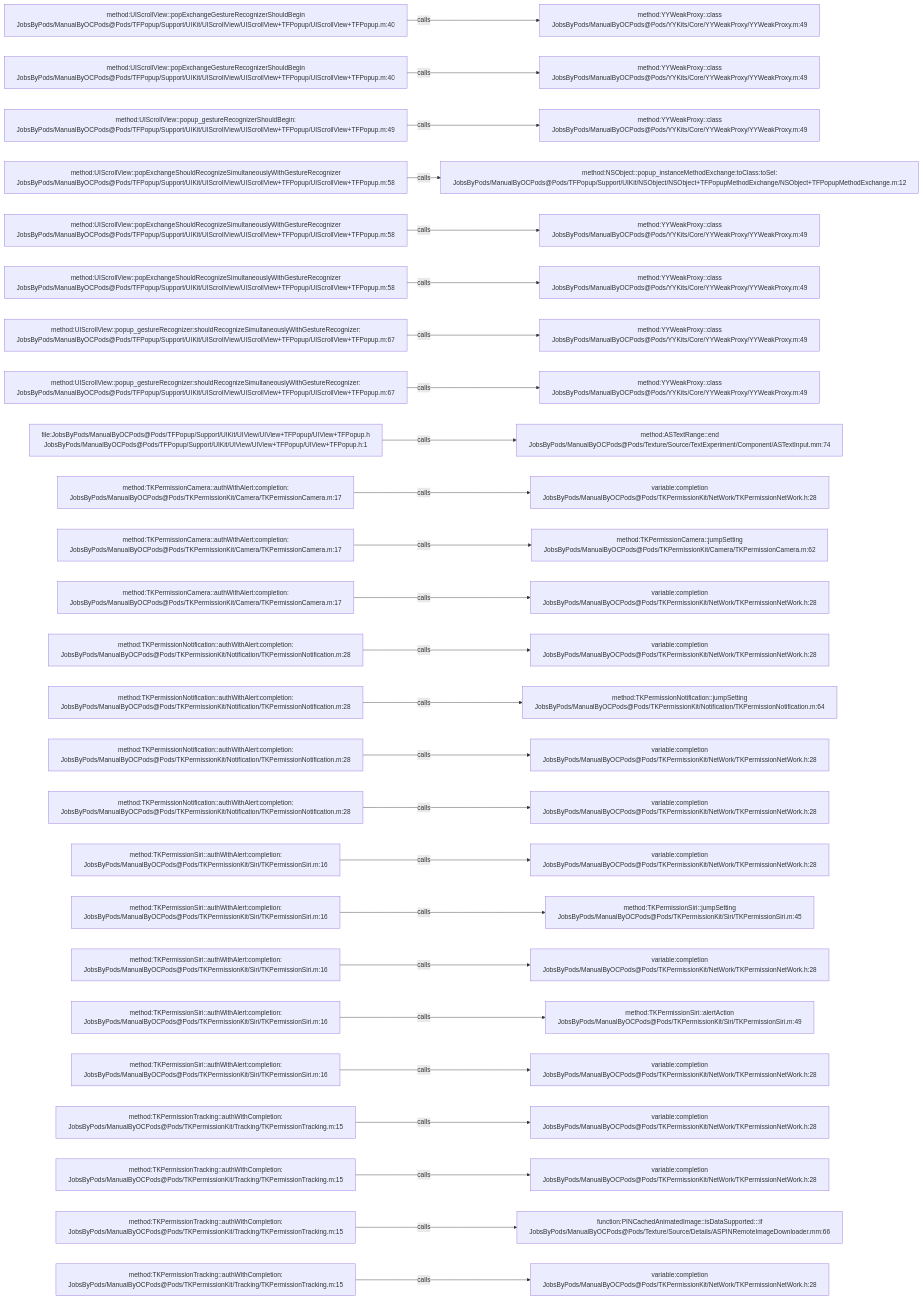
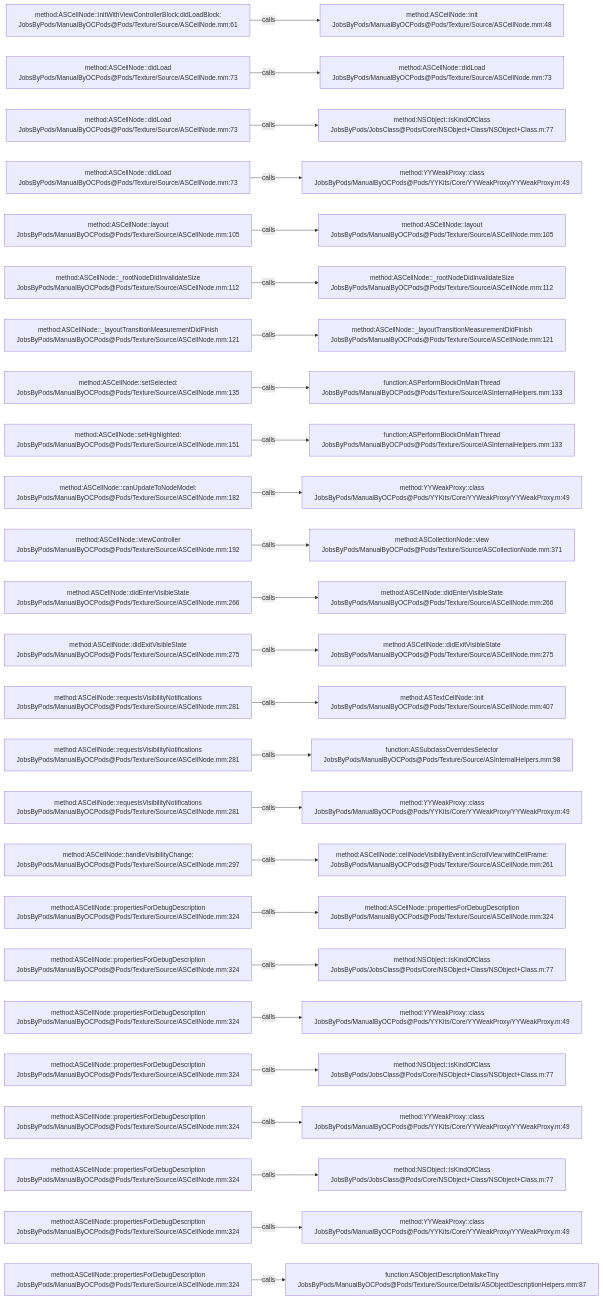
The diagram in .codegraph/codegraph.md/graphs/calls-071.md (JobsKits/JobsOCBaseConfigDemo), drawn with Mermaid before and after one commit. The commit also changed 1353 other files, not shown here.

````diff
--- a/.codegraph/codegraph.md/graphs/calls-071.md
+++ b/.codegraph/codegraph.md/graphs/calls-071.md
@@ -13,78 +13,78 @@
 ```mermaid
 flowchart LR
-  S1["method:UIScrollView::popExchangeGestureRecognizerShouldBegin<br/>JobsByPods/ManualByOCPods@Pods/TFPopup/Support/UIKit/UIScrollView/UIScrollView+TFPopup/UIScrollView+TFPopup.m:40"]
-  T1["method:YYWeakProxy::class<br/>JobsByPods/ManualByOCPods@Pods/YYKits/Core/YYWeakProxy/YYWeakProxy.m:49"]
+  S1["method:ASCellNode::initWithViewControllerBlock:didLoadBlock:<br/>JobsByPods/ManualByOCPods@Pods/Texture/Source/ASCellNode.mm:61"]
+  T1["method:ASCellNode::init<br/>JobsByPods/ManualByOCPods@Pods/Texture/Source/ASCellNode.mm:48"]
   S1 -->|calls| T1
-  S2["method:UIScrollView::popExchangeGestureRecognizerShouldBegin<br/>JobsByPods/ManualByOCPods@Pods/TFPopup/Support/UIKit/UIScrollView/UIScrollView+TFPopup/UIScrollView+TFPopup.m:40"]
-  T2["method:YYWeakProxy::class<br/>JobsByPods/ManualByOCPods@Pods/YYKits/Core/YYWeakProxy/YYWeakProxy.m:49"]
+  S2["method:ASCellNode::didLoad<br/>JobsByPods/ManualByOCPods@Pods/Texture/Source/ASCellNode.mm:73"]
+  T2["method:ASCellNode::didLoad<br/>JobsByPods/ManualByOCPods@Pods/Texture/Source/ASCellNode.mm:73"]
   S2 -->|calls| T2
-  S3["method:UIScrollView::popup_gestureRecognizerShouldBegin:<br/>JobsByPods/ManualByOCPods@Pods/TFPopup/Support/UIKit/UIScrollView/UIScrollView+TFPopup/UIScrollView+TFPopup.m:49"]
-  T3["method:YYWeakProxy::class<br/>JobsByPods/ManualByOCPods@Pods/YYKits/Core/YYWeakProxy/YYWeakProxy.m:49"]
+  S3["method:ASCellNode::didLoad<br/>JobsByPods/ManualByOCPods@Pods/Texture/Source/ASCellNode.mm:73"]
+  T3["method:NSObject::isKindOfClass<br/>JobsByPods/JobsClass@Pods/Core/NSObject+Class/NSObject+Class.m:77"]
   S3 -->|calls| T3
-  S4["method:UIScrollView::popExchangeShouldRecognizeSimultaneouslyWithGestureRecognizer<br/>JobsByPods/ManualByOCPods@Pods/TFPopup/Support/UIKit/UIScrollView/UIScrollView+TFPopup/UIScrollView+TFPopup.m:58"]
-  T4["method:NSObject::popup_instanceMethodExchange:toClass:toSel:<br/>JobsByPods/ManualByOCPods@Pods/TFPopup/Support/UIKit/NSObject/NSObject+TFPopupMethodExchange/NSObject+TFPopupMethodExchange.m:12"]
+  S4["method:ASCellNode::didLoad<br/>JobsByPods/ManualByOCPods@Pods/Texture/Source/ASCellNode.mm:73"]
+  T4["method:YYWeakProxy::class<br/>JobsByPods/ManualByOCPods@Pods/YYKits/Core/YYWeakProxy/YYWeakProxy.m:49"]
   S4 -->|calls| T4
-  S5["method:UIScrollView::popExchangeShouldRecognizeSimultaneouslyWithGestureRecognizer<br/>JobsByPods/ManualByOCPods@Pods/TFPopup/Support/UIKit/UIScrollView/UIScrollView+TFPopup/UIScrollView+TFPopup.m:58"]
-  T5["method:YYWeakProxy::class<br/>JobsByPods/ManualByOCPods@Pods/YYKits/Core/YYWeakProxy/YYWeakProxy.m:49"]
+  S5["method:ASCellNode::layout<br/>JobsByPods/ManualByOCPods@Pods/Texture/Source/ASCellNode.mm:105"]
+  T5["method:ASCellNode::layout<br/>JobsByPods/ManualByOCPods@Pods/Texture/Source/ASCellNode.mm:105"]
   S5 -->|calls| T5
-  S6["method:UIScrollView::popExchangeShouldRecognizeSimultaneouslyWithGestureRecognizer<br/>JobsByPods/ManualByOCPods@Pods/TFPopup/Support/UIKit/UIScrollView/UIScrollView+TFPopup/UIScrollView+TFPopup.m:58"]
-  T6["method:YYWeakProxy::class<br/>JobsByPods/ManualByOCPods@Pods/YYKits/Core/YYWeakProxy/YYWeakProxy.m:49"]
+  S6["method:ASCellNode::_rootNodeDidInvalidateSize<br/>JobsByPods/ManualByOCPods@Pods/Texture/Source/ASCellNode.mm:112"]
+  T6["method:ASCellNode::_rootNodeDidInvalidateSize<br/>JobsByPods/ManualByOCPods@Pods/Texture/Source/ASCellNode.mm:112"]
   S6 -->|calls| T6
-  S7["method:UIScrollView::popup_gestureRecognizer:shouldRecognizeSimultaneouslyWithGestureRecognizer:<br/>JobsByPods/ManualByOCPods@Pods/TFPopup/Support/UIKit/UIScrollView/UIScrollView+TFPopup/UIScrollView+TFPopup.m:67"]
-  T7["method:YYWeakProxy::class<br/>JobsByPods/ManualByOCPods@Pods/YYKits/Core/YYWeakProxy/YYWeakProxy.m:49"]
+  S7["method:ASCellNode::_layoutTransitionMeasurementDidFinish<br/>JobsByPods/ManualByOCPods@Pods/Texture/Source/ASCellNode.mm:121"]
+  T7["method:ASCellNode::_layoutTransitionMeasurementDidFinish<br/>JobsByPods/ManualByOCPods@Pods/Texture/Source/ASCellNode.mm:121"]
   S7 -->|calls| T7
-  S8["method:UIScrollView::popup_gestureRecognizer:shouldRecognizeSimultaneouslyWithGestureRecognizer:<br/>JobsByPods/ManualByOCPods@Pods/TFPopup/Support/UIKit/UIScrollView/UIScrollView+TFPopup/UIScrollView+TFPopup.m:67"]
-  T8["method:YYWeakProxy::class<br/>JobsByPods/ManualByOCPods@Pods/YYKits/Core/YYWeakProxy/YYWeakProxy.m:49"]
+  S8["method:ASCellNode::setSelected:<br/>JobsByPods/ManualByOCPods@Pods/Texture/Source/ASCellNode.mm:135"]
+  T8["function:ASPerformBlockOnMainThread<br/>JobsByPods/ManualByOCPods@Pods/Texture/Source/ASInternalHelpers.mm:133"]
   S8 -->|calls| T8
-  S9["file:JobsByPods/ManualByOCPods@Pods/TFPopup/Support/UIKit/UIView/UIView+TFPopup/UIView+TFPopup.h<br/>JobsByPods/ManualByOCPods@Pods/TFPopup/Support/UIKit/UIView/UIView+TFPopup/UIView+TFPopup.h:1"]
-  T9["method:ASTextRange::end<br/>JobsByPods/ManualByOCPods@Pods/Texture/Source/TextExperiment/Component/ASTextInput.mm:74"]
+  S9["method:ASCellNode::setHighlighted:<br/>JobsByPods/ManualByOCPods@Pods/Texture/Source/ASCellNode.mm:151"]
+  T9["function:ASPerformBlockOnMainThread<br/>JobsByPods/ManualByOCPods@Pods/Texture/Source/ASInternalHelpers.mm:133"]
   S9 -->|calls| T9
-  S10["method:TKPermissionCamera::authWithAlert:completion:<br/>JobsByPods/ManualByOCPods@Pods/TKPermissionKit/Camera/TKPermissionCamera.m:17"]
-  T10["variable:completion<br/>JobsByPods/ManualByOCPods@Pods/TKPermissionKit/NetWork/TKPermissionNetWork.h:28"]
+  S10["method:ASCellNode::canUpdateToNodeModel:<br/>JobsByPods/ManualByOCPods@Pods/Texture/Source/ASCellNode.mm:182"]
+  T10["method:YYWeakProxy::class<br/>JobsByPods/ManualByOCPods@Pods/YYKits/Core/YYWeakProxy/YYWeakProxy.m:49"]
   S10 -->|calls| T10
-  S11["method:TKPermissionCamera::authWithAlert:completion:<br/>JobsByPods/ManualByOCPods@Pods/TKPermissionKit/Camera/TKPermissionCamera.m:17"]
-  T11["method:TKPermissionCamera::jumpSetting<br/>JobsByPods/ManualByOCPods@Pods/TKPermissionKit/Camera/TKPermissionCamera.m:62"]
+  S11["method:ASCellNode::viewController<br/>JobsByPods/ManualByOCPods@Pods/Texture/Source/ASCellNode.mm:192"]
+  T11["method:ASCollectionNode::view<br/>JobsByPods/ManualByOCPods@Pods/Texture/Source/ASCollectionNode.mm:371"]
   S11 -->|calls| T11
-  S12["method:TKPermissionCamera::authWithAlert:completion:<br/>JobsByPods/ManualByOCPods@Pods/TKPermissionKit/Camera/TKPermissionCamera.m:17"]
-  T12["variable:completion<br/>JobsByPods/ManualByOCPods@Pods/TKPermissionKit/NetWork/TKPermissionNetWork.h:28"]
+  S12["method:ASCellNode::didEnterVisibleState<br/>JobsByPods/ManualByOCPods@Pods/Texture/Source/ASCellNode.mm:266"]
+  T12["method:ASCellNode::didEnterVisibleState<br/>JobsByPods/ManualByOCPods@Pods/Texture/Source/ASCellNode.mm:266"]
   S12 -->|calls| T12
-  S13["method:TKPermissionNotification::authWithAlert:completion:<br/>JobsByPods/ManualByOCPods@Pods/TKPermissionKit/Notification/TKPermissionNotification.m:28"]
-  T13["variable:completion<br/>JobsByPods/ManualByOCPods@Pods/TKPermissionKit/NetWork/TKPermissionNetWork.h:28"]
+  S13["method:ASCellNode::didExitVisibleState<br/>JobsByPods/ManualByOCPods@Pods/Texture/Source/ASCellNode.mm:275"]
+  T13["method:ASCellNode::didExitVisibleState<br/>JobsByPods/ManualByOCPods@Pods/Texture/Source/ASCellNode.mm:275"]
   S13 -->|calls| T13
-  S14["method:TKPermissionNotification::authWithAlert:completion:<br/>JobsByPods/ManualByOCPods@Pods/TKPermissionKit/Notification/TKPermissionNotification.m:28"]
-  T14["method:TKPermissionNotification::jumpSetting<br/>JobsByPods/ManualByOCPods@Pods/TKPermissionKit/Notification/TKPermissionNotification.m:64"]
+  S14["method:ASCellNode::requestsVisibilityNotifications<br/>JobsByPods/ManualByOCPods@Pods/Texture/Source/ASCellNode.mm:281"]
+  T14["method:ASTextCellNode::init<br/>JobsByPods/ManualByOCPods@Pods/Texture/Source/ASCellNode.mm:407"]
   S14 -->|calls| T14
-  S15["method:TKPermissionNotification::authWithAlert:completion:<br/>JobsByPods/ManualByOCPods@Pods/TKPermissionKit/Notification/TKPermissionNotification.m:28"]
-  T15["variable:completion<br/>JobsByPods/ManualByOCPods@Pods/TKPermissionKit/NetWork/TKPermissionNetWork.h:28"]
+  S15["method:ASCellNode::requestsVisibilityNotifications<br/>JobsByPods/ManualByOCPods@Pods/Texture/Source/ASCellNode.mm:281"]
+  T15["function:ASSubclassOverridesSelector<br/>JobsByPods/ManualByOCPods@Pods/Texture/Source/ASInternalHelpers.mm:98"]
   S15 -->|calls| T15
-  S16["method:TKPermissionNotification::authWithAlert:completion:<br/>JobsByPods/ManualByOCPods@Pods/TKPermissionKit/Notification/TKPermissionNotification.m:28"]
-  T16["variable:completion<br/>JobsByPods/ManualByOCPods@Pods/TKPermissionKit/NetWork/TKPermissionNetWork.h:28"]
+  S16["method:ASCellNode::requestsVisibilityNotifications<br/>JobsByPods/ManualByOCPods@Pods/Texture/Source/ASCellNode.mm:281"]
+  T16["method:YYWeakProxy::class<br/>JobsByPods/ManualByOCPods@Pods/YYKits/Core/YYWeakProxy/YYWeakProxy.m:49"]
   S16 -->|calls| T16
-  S17["method:TKPermissionSiri::authWithAlert:completion:<br/>JobsByPods/ManualByOCPods@Pods/TKPermissionKit/Siri/TKPermissionSiri.m:16"]
-  T17["variable:completion<br/>JobsByPods/ManualByOCPods@Pods/TKPermissionKit/NetWork/TKPermissionNetWork.h:28"]
+  S17["method:ASCellNode::handleVisibilityChange:<br/>JobsByPods/ManualByOCPods@Pods/Texture/Source/ASCellNode.mm:297"]
+  T17["method:ASCellNode::cellNodeVisibilityEvent:inScrollView:withCellFrame:<br/>JobsByPods/ManualByOCPods@Pods/Texture/Source/ASCellNode.mm:261"]
   S17 -->|calls| T17
-  S18["method:TKPermissionSiri::authWithAlert:completion:<br/>JobsByPods/ManualByOCPods@Pods/TKPermissionKit/Siri/TKPermissionSiri.m:16"]
-  T18["method:TKPermissionSiri::jumpSetting<br/>JobsByPods/ManualByOCPods@Pods/TKPermissionKit/Siri/TKPermissionSiri.m:45"]
+  S18["method:ASCellNode::propertiesForDebugDescription<br/>JobsByPods/ManualByOCPods@Pods/Texture/Source/ASCellNode.mm:324"]
+  T18["method:ASCellNode::propertiesForDebugDescription<br/>JobsByPods/ManualByOCPods@Pods/Texture/Source/ASCellNode.mm:324"]
   S18 -->|calls| T18
-  S19["method:TKPermissionSiri::authWithAlert:completion:<br/>JobsByPods/ManualByOCPods@Pods/TKPermissionKit/Siri/TKPermissionSiri.m:16"]
-  T19["variable:completion<br/>JobsByPods/ManualByOCPods@Pods/TKPermissionKit/NetWork/TKPermissionNetWork.h:28"]
+  S19["method:ASCellNode::propertiesForDebugDescription<br/>JobsByPods/ManualByOCPods@Pods/Texture/Source/ASCellNode.mm:324"]
+  T19["method:NSObject::isKindOfClass<br/>JobsByPods/JobsClass@Pods/Core/NSObject+Class/NSObject+Class.m:77"]
   S19 -->|calls| T19
-  S20["method:TKPermissionSiri::authWithAlert:completion:<br/>JobsByPods/ManualByOCPods@Pods/TKPermissionKit/Siri/TKPermissionSiri.m:16"]
-  T20["method:TKPermissionSiri::alertAction<br/>JobsByPods/ManualByOCPods@Pods/TKPermissionKit/Siri/TKPermissionSiri.m:49"]
+  S20["method:ASCellNode::propertiesForDebugDescription<br/>JobsByPods/ManualByOCPods@Pods/Texture/Source/ASCellNode.mm:324"]
+  T20["method:YYWeakProxy::class<br/>JobsByPods/ManualByOCPods@Pods/YYKits/Core/YYWeakProxy/YYWeakProxy.m:49"]
   S20 -->|calls| T20
-  S21["method:TKPermissionSiri::authWithAlert:completion:<br/>JobsByPods/ManualByOCPods@Pods/TKPermissionKit/Siri/TKPermissionSiri.m:16"]
-  T21["variable:completion<br/>JobsByPods/ManualByOCPods@Pods/TKPermissionKit/NetWork/TKPermissionNetWork.h:28"]
+  S21["method:ASCellNode::propertiesForDebugDescription<br/>JobsByPods/ManualByOCPods@Pods/Texture/Source/ASCellNode.mm:324"]
+  T21["method:NSObject::isKindOfClass<br/>JobsByPods/JobsClass@Pods/Core/NSObject+Class/NSObject+Class.m:77"]
   S21 -->|calls| T21
-  S22["method:TKPermissionTracking::authWithCompletion:<br/>JobsByPods/ManualByOCPods@Pods/TKPermissionKit/Tracking/TKPermissionTracking.m:15"]
-  T22["variable:completion<br/>JobsByPods/ManualByOCPods@Pods/TKPermissionKit/NetWork/TKPermissionNetWork.h:28"]
+  S22["method:ASCellNode::propertiesForDebugDescription<br/>JobsByPods/ManualByOCPods@Pods/Texture/Source/ASCellNode.mm:324"]
+  T22["method:YYWeakProxy::class<br/>JobsByPods/ManualByOCPods@Pods/YYKits/Core/YYWeakProxy/YYWeakProxy.m:49"]
   S22 -->|calls| T22
-  S23["method:TKPermissionTracking::authWithCompletion:<br/>JobsByPods/ManualByOCPods@Pods/TKPermissionKit/Tracking/TKPermissionTracking.m:15"]
-  T23["variable:completion<br/>JobsByPods/ManualByOCPods@Pods/TKPermissionKit/NetWork/TKPermissionNetWork.h:28"]
+  S23["method:ASCellNode::propertiesForDebugDescription<br/>JobsByPods/ManualByOCPods@Pods/Texture/Source/ASCellNode.mm:324"]
+  T23["method:NSObject::isKindOfClass<br/>JobsByPods/JobsClass@Pods/Core/NSObject+Class/NSObject+Class.m:77"]
   S23 -->|calls| T23
-  S24["method:TKPermissionTracking::authWithCompletion:<br/>JobsByPods/ManualByOCPods@Pods/TKPermissionKit/Tracking/TKPermissionTracking.m:15"]
-  T24["function:PINCachedAnimatedImage::isDataSupported:::if<br/>JobsByPods/ManualByOCPods@Pods/Texture/Source/Details/ASPINRemoteImageDownloader.mm:66"]
+  S24["method:ASCellNode::propertiesForDebugDescription<br/>JobsByPods/ManualByOCPods@Pods/Texture/Source/ASCellNode.mm:324"]
+  T24["method:YYWeakProxy::class<br/>JobsByPods/ManualByOCPods@Pods/YYKits/Core/YYWeakProxy/YYWeakProxy.m:49"]
   S24 -->|calls| T24
-  S25["method:TKPermissionTracking::authWithCompletion:<br/>JobsByPods/ManualByOCPods@Pods/TKPermissionKit/Tracking/TKPermissionTracking.m:15"]
-  T25["variable:completion<br/>JobsByPods/ManualByOCPods@Pods/TKPermissionKit/NetWork/TKPermissionNetWork.h:28"]
+  S25["method:ASCellNode::propertiesForDebugDescription<br/>JobsByPods/ManualByOCPods@Pods/Texture/Source/ASCellNode.mm:324"]
+  T25["function:ASObjectDescriptionMakeTiny<br/>JobsByPods/ManualByOCPods@Pods/Texture/Source/Details/ASObjectDescriptionHelpers.mm:87"]
   S25 -->|calls| T25
 ```
````
